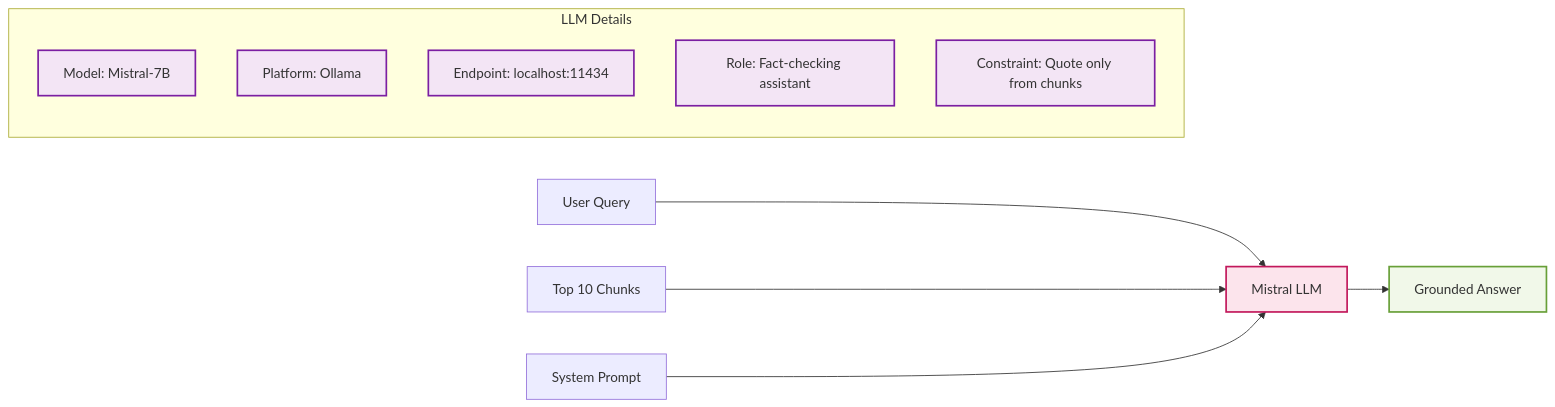
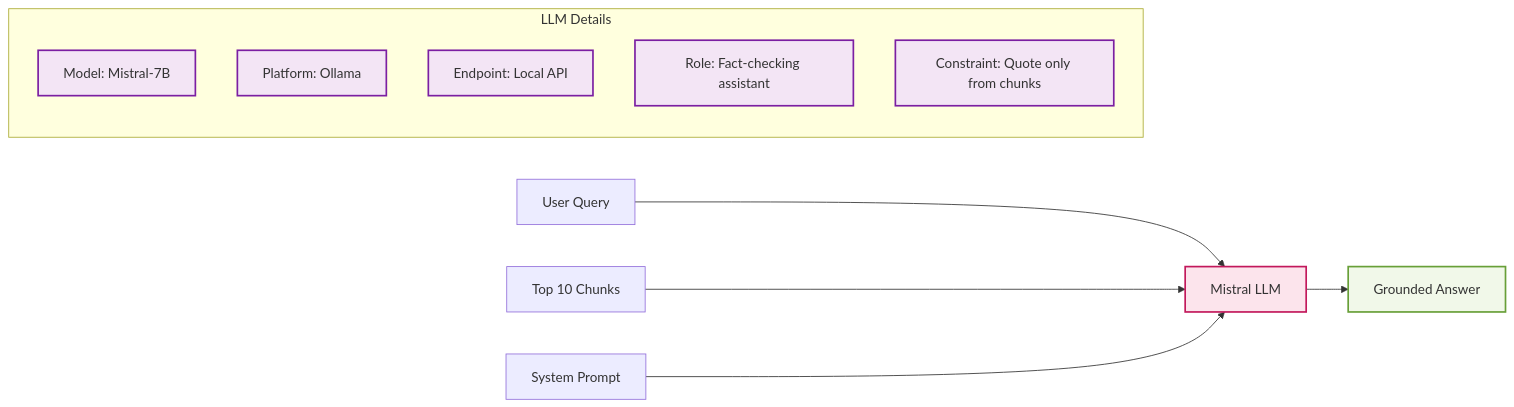
Before and after one commit to kevinmastascusa/scaffold_ai: the fourth of 6 diagrams in documentation/model_architecture_diagrams.md, drawn with Mermaid. The commit also changed other lines of this file and 5 other files, not shown here.

Commit message:
Security fix: Remove localhost endpoint details from documentation and config

````diff
--- a/documentation/model_architecture_diagrams.md
+++ b/documentation/model_architecture_diagrams.md
@@ -118,23 +118,23 @@
 ```mermaid
 flowchart LR
     A[User Query] --> D[Mistral LLM]
     B[Top 10 Chunks] --> D
     C[System Prompt] --> D
     D --> E[Grounded Answer]
     
     subgraph "LLM Details"
         F[Model: Mistral-7B]
         G[Platform: Ollama]
-        H[Endpoint: localhost:11434]
+        H[Endpoint: Local API]
         I[Role: Fact-checking assistant]
         J[Constraint: Quote only from chunks]
     end
     
     classDef llm fill:#fce4ec,stroke:#c2185b,stroke-width:2px
     classDef answer fill:#f1f8e9,stroke:#689f38,stroke-width:2px
     classDef details fill:#f3e5f5,stroke:#7b1fa2,stroke-width:2px
     
     class D llm
     class E answer
     class F,G,H,I,J details
 ```
````
